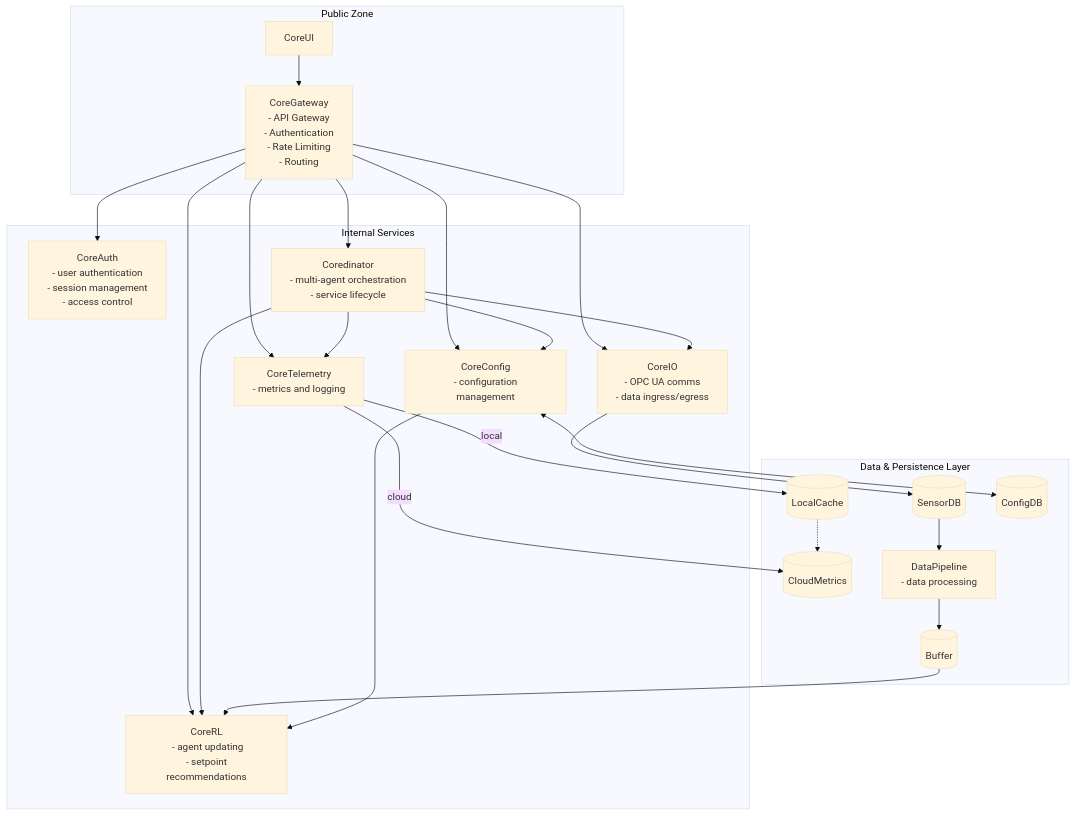
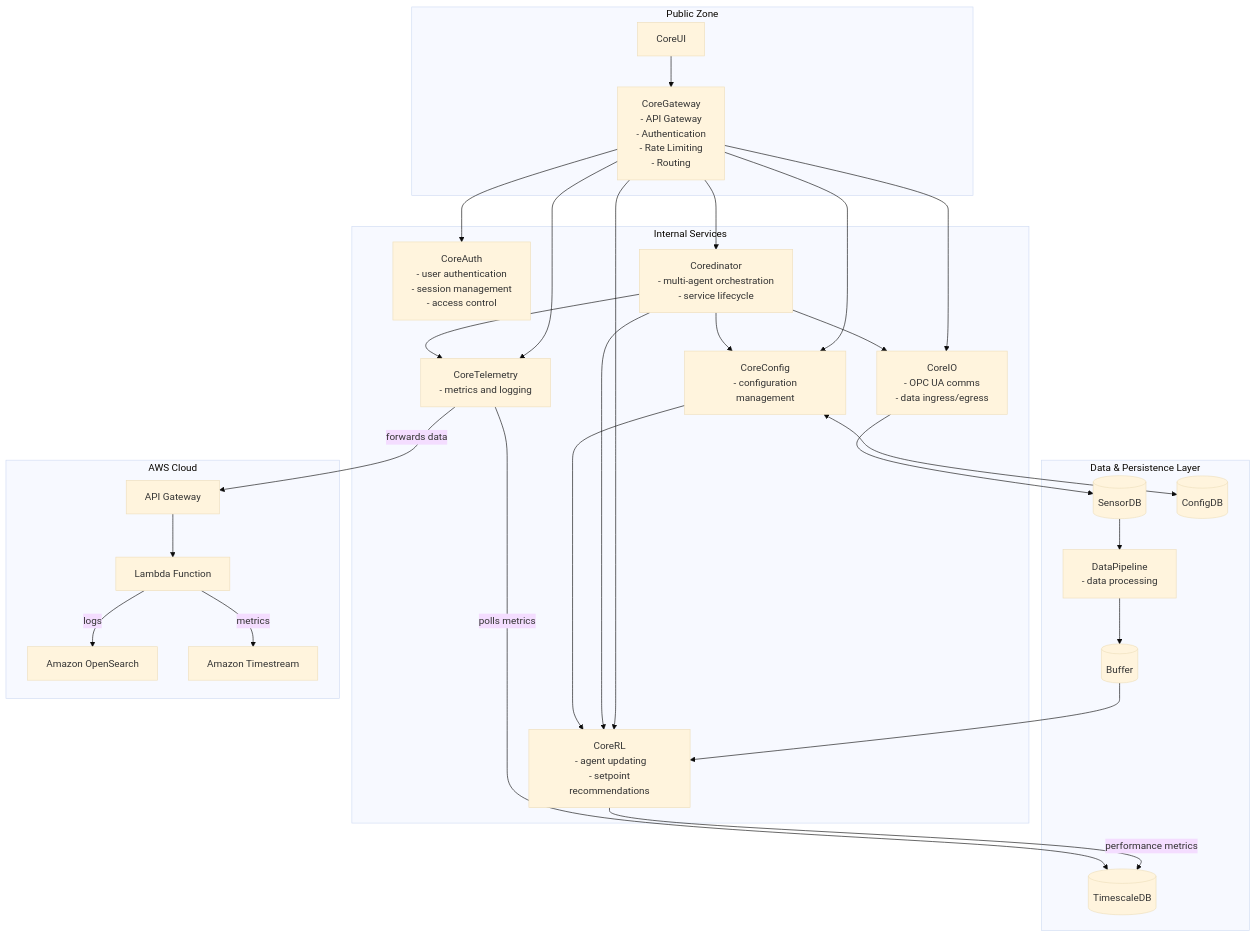
The diagram in docs/tech_spec.md (danilo-bangitjr-rlcore/cpp-ci-dev), drawn with Mermaid (base theme) before and after one commit. The commit also changed other lines of this file and 7 other files, not shown here.

````diff
--- a/docs/tech_spec.md
+++ b/docs/tech_spec.md
@@ -41,50 +44,60 @@
 ```mermaid
-flowchart TD
-  subgraph "Public Zone"
-    CoreUI[CoreUI]
-    CoreGateway["CoreGateway<br/>- API Gateway<br/>- Authentication<br/>- Rate Limiting<br/>- Routing"]
-  end
+graph TD
+    subgraph "Public Zone"
+        CoreUI[CoreUI]
+        CoreGateway["CoreGateway<br/>- API Gateway<br/>- Authentication<br/>- Rate Limiting<br/>- Routing"]
+    end
 
-  subgraph "Internal Services"
-    CoreAuth["CoreAuth<br/> - user authentication<br/> - session management<br/> - access control"]
-    Coredinator["Coredinator<br/> - multi-agent orchestration<br/> - service lifecycle"]
-    CoreIO["CoreIO<br/> - OPC UA comms<br/> - data ingress/egress"]
-    CoreRL["CoreRL<br/> - agent updating<br/> - setpoint recommendations"]
-    CoreConfig["CoreConfig<br/> - configuration management"]
-    CoreTelemetry["CoreTelemetry<br/> - metrics and logging"]
-  end
+    subgraph "Internal Services"
+        CoreAuth["CoreAuth<br/> - user authentication<br/> - session management<br/> - access control"]
+        Coredinator["Coredinator<br/> - multi-agent orchestration<br/> - service lifecycle"]
+        CoreIO["CoreIO<br/> - OPC UA comms<br/> - data ingress/egress"]
+        CoreRL["CoreRL<br/> - agent updating<br/> - setpoint recommendations"]
+        CoreConfig["CoreConfig<br/> - configuration management"]
+        CoreTelemetry["CoreTelemetry<br/> - metrics and logging"]
+    end
 
-  subgraph "Data & Persistence Layer"
-    SensorDB[(SensorDB)]
-    Buffer[(Buffer)]
-    LocalCache[(LocalCache)]
-    CloudMetrics[(CloudMetrics)]
-    ConfigDB[(ConfigDB)]
-    DataPipeline["DataPipeline<br/> - data processing"]
-  end
+    subgraph "Data & Persistence Layer"
+        SensorDB[(SensorDB)]
+        Buffer[(Buffer)]
+        TSDB[(TimescaleDB)]
+        ConfigDB[(ConfigDB)]
+        DataPipeline["DataPipeline<br/> - data processing"]
+    end
 
-  %% Connections
-  CoreUI --> CoreGateway
+    subgraph "AWS Cloud"
+        ApiGateway[API Gateway]
+        Lambda[Lambda Function]
+        OpenSearch[Amazon OpenSearch]
+        Timestream[Amazon Timestream]
+    end
 
-  CoreGateway --> CoreAuth
-  CoreGateway --> Coredinator
-  CoreGateway --> CoreIO
-  CoreGateway --> CoreRL
-  CoreGateway --> CoreConfig
-  CoreGateway --> CoreTelemetry
+    %% Connections
+    CoreUI --> CoreGateway
 
-  Coredinator --> CoreIO
-  Coredinator --> CoreRL
-  Coredinator --> CoreConfig
-  Coredinator --> CoreTelemetry
+    CoreGateway --> CoreAuth
+    CoreGateway --> Coredinator
+    CoreGateway --> CoreIO
+    CoreGateway --> CoreRL
+    CoreGateway --> CoreConfig
+    CoreGateway --> CoreTelemetry
 
-  CoreIO --> SensorDB
-  SensorDB --> DataPipeline
-  DataPipeline --> Buffer
-  Buffer --> CoreRL
-  CoreConfig <--> ConfigDB
-  CoreConfig --> CoreRL
-  CoreTelemetry -- "local" --> LocalCache
-  LocalCache -.-> CloudMetrics
-  CoreTelemetry -- "cloud" --> CloudMetrics
+    Coredinator --> CoreIO
+    Coredinator --> CoreRL
+    Coredinator --> CoreConfig
+    Coredinator --> CoreTelemetry
+
+    CoreIO --> SensorDB
+    SensorDB --> DataPipeline
+    DataPipeline --> Buffer
+    Buffer --> CoreRL
+    CoreConfig <--> ConfigDB
+    CoreConfig --> CoreRL
+    CoreRL -- "performance metrics" --> TSDB
+
+    CoreTelemetry -- "polls metrics" --> TSDB
+    CoreTelemetry -- "forwards data" --> ApiGateway
+    ApiGateway --> Lambda
+    Lambda -- "logs" --> OpenSearch
+    Lambda -- "metrics" --> Timestream
 ```
````
